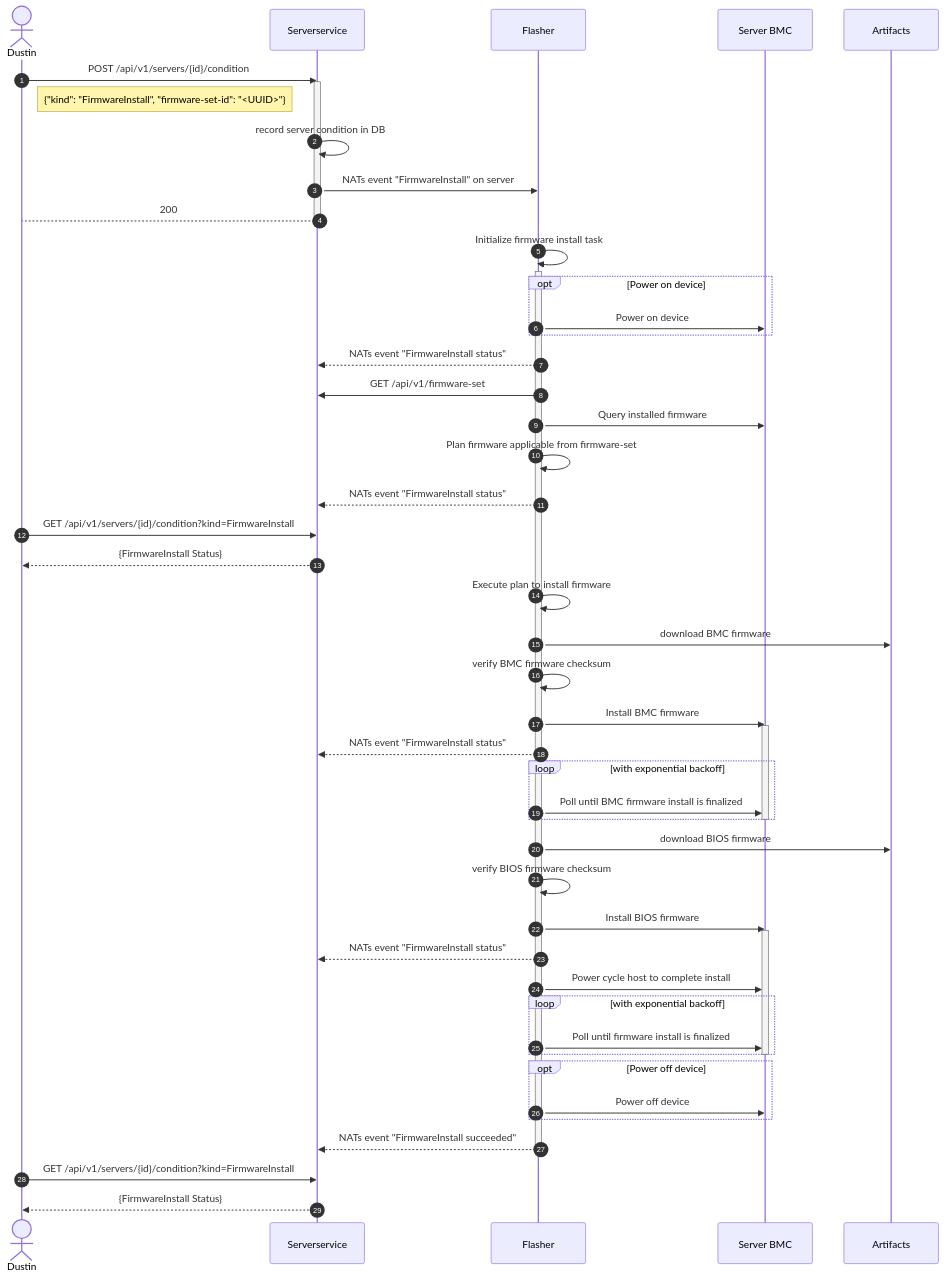
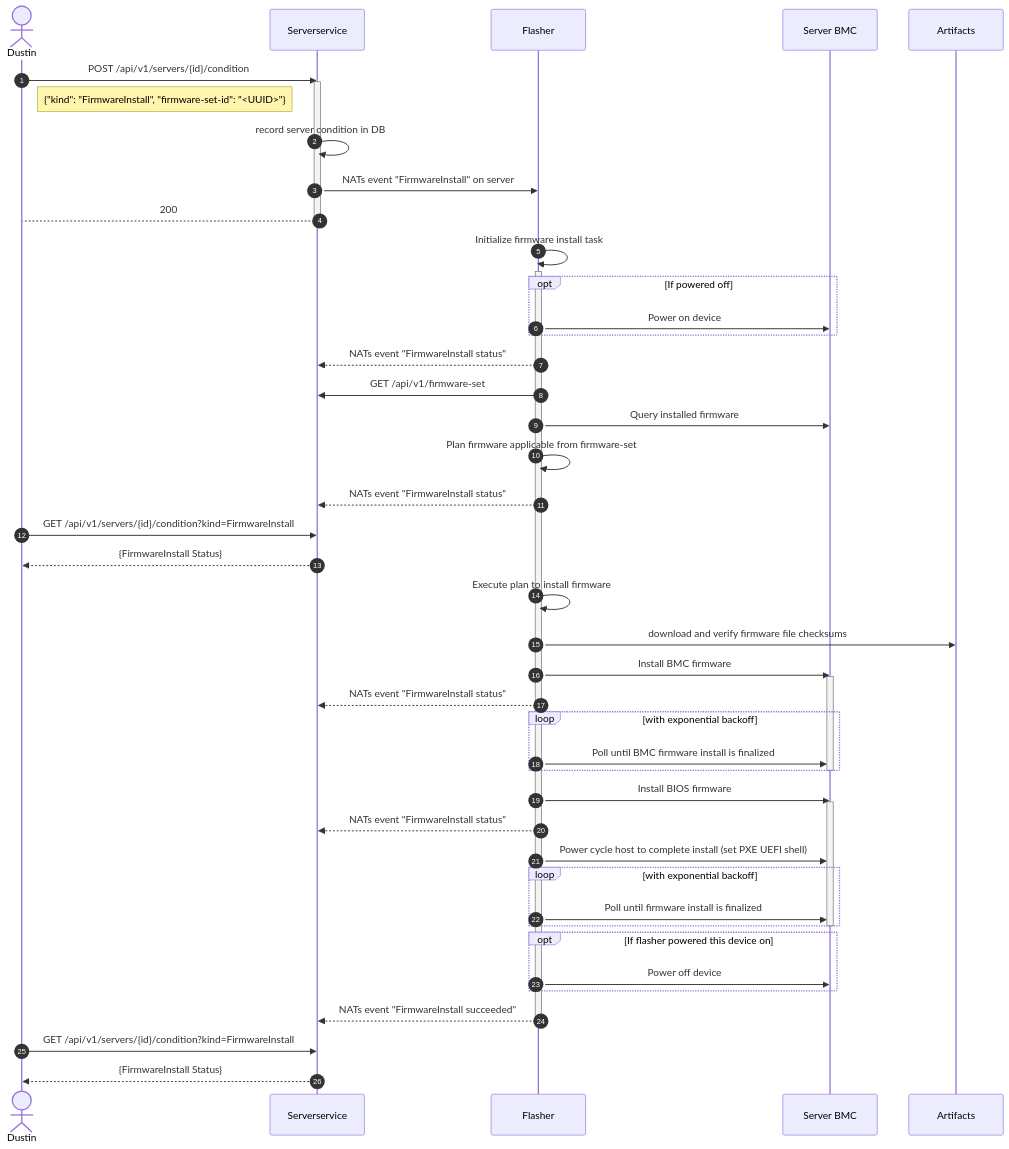
Before and after one commit to metal-toolbox/architecture: the second of 3 diagrams in firmware-install-service.md, drawn with Mermaid. The commit also changed other lines of this file, not shown here.

Commit message:
firmware-install-service: update a few more bits based on feedback

````diff
--- a/firmware-install-service.md
+++ b/firmware-install-service.md
@@ -182,67 +182,64 @@
 ```mermaid
   sequenceDiagram;
     autonumber
     actor Dustin
 
     %% >>>>>>>>>> participants
     participant Serverservice
     participant Flasher
     participant Server BMC
     participant Artifacts
 
     %% >>>>>>>>>> interaction
     Dustin->>Serverservice: POST /api/v1/servers/{id}/condition
     activate Serverservice
     Note right of Dustin: {"kind": "FirmwareInstall", "firmware-set-id": "<UUID>"}
     Serverservice->>Serverservice: record server condition in DB
     Serverservice->>Flasher: NATs event "FirmwareInstall" on server
     Serverservice-->Dustin:  200
     deactivate Serverservice
 
     %% >>>>>>>>>> flasher work begins
     Flasher->>Flasher: Initialize firmware install task
     activate Flasher
-    opt Power on device
+    opt If powered off
       Flasher->>Server BMC: Power on device
     end
     Flasher-->>Serverservice: NATs event "FirmwareInstall status"
     Flasher->>Serverservice: GET /api/v1/firmware-set
 
     %% >>>>>>>>>> flasher installs BMC firmware
     Flasher->>Server BMC: Query installed firmware
     Flasher->>Flasher: Plan firmware applicable from firmware-set
     Flasher-->>Serverservice: NATs event "FirmwareInstall status"
     Dustin->>Serverservice: GET /api/v1/servers/{id}/condition?kind=FirmwareInstall
     Serverservice-->>Dustin: {FirmwareInstall Status}
     Flasher->>Flasher: Execute plan to install firmware
-    Flasher->>Artifacts: download BMC firmware
-    Flasher->>Flasher: verify BMC firmware checksum
+    Flasher->>Artifacts: download and verify firmware file checksums
     Flasher->>Server BMC: Install BMC firmware
     activate Server BMC
     Flasher-->>Serverservice: NATs event "FirmwareInstall status"
     loop with exponential backoff
       Flasher->>Server BMC: Poll until BMC firmware install is finalized
     end
     deactivate Server BMC
 
     %% >>>>>>>>>> flasher install BIOS firmware
-    Flasher->>Artifacts: download BIOS firmware
-    Flasher->>Flasher: verify BIOS firmware checksum
     Flasher->>Server BMC: Install BIOS firmware
     activate Server BMC
     Flasher-->>Serverservice: NATs event "FirmwareInstall status"
-    Flasher->>Server BMC: Power cycle host to complete install
+    Flasher->>Server BMC: Power cycle host to complete install (set PXE UEFI shell)
     loop with exponential backoff
       Flasher->>Server BMC: Poll until firmware install is finalized
     end
     deactivate Server BMC
 
     %% >>>>>>>>>> flasher work is done
-    opt Power off device
+    opt If flasher powered this device on
       Flasher->>Server BMC: Power off device
     end
     Flasher-->>Serverservice: NATs event "FirmwareInstall succeeded"
     deactivate Flasher
     Dustin->>Serverservice: GET /api/v1/servers/{id}/condition?kind=FirmwareInstall
     Serverservice-->>Dustin: {FirmwareInstall Status}
 ```
````
